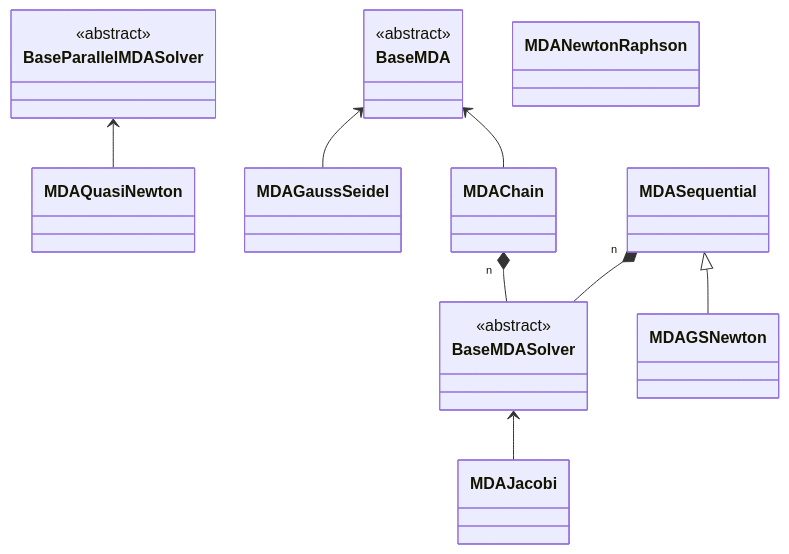
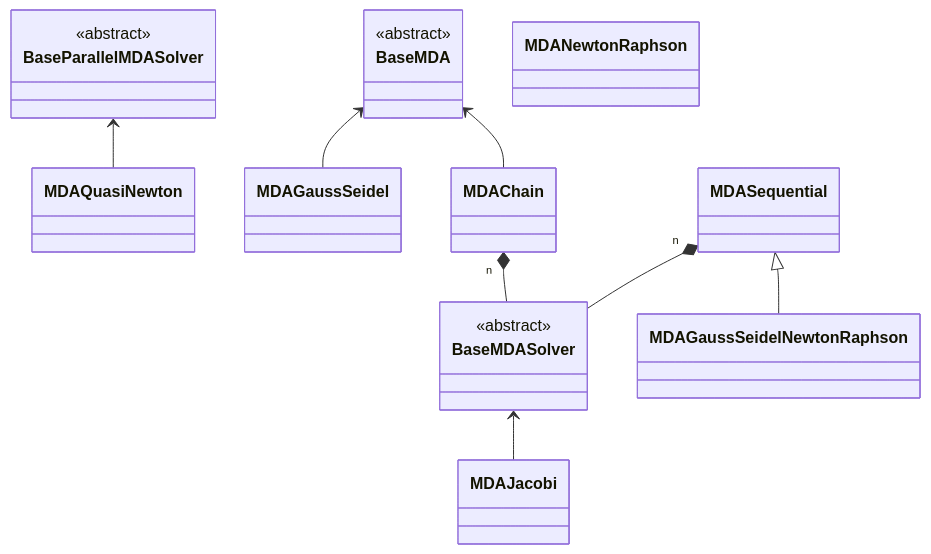
Before and after one commit to gemseo/gemseo: the diagram in docs/mdo/mda_architecture.md, drawn with Mermaid. The commit also changed 89 other files, not shown here.

````diff
--- a/docs/mdo/mda_architecture.md
+++ b/docs/mdo/mda_architecture.md
@@ -22,30 +22,30 @@
 ```mermaid
 classDiagram
     class BaseMDA{
     <<abstract>>
     }
     class BaseMDASolver{
     <<abstract>>
     }
     class BaseParallelMDASolver{
     <<abstract>>
     }
 
     class MDAJacobi
     class MDAGaussSeidel
     class MDANewtonRaphson
     class MDAQuasiNewton
     class MDAChain
     class MDASequential
-    class MDAGSNewton
+    class MDAGaussSeidelNewtonRaphson
 
     BaseMDA <-- MDAChain
     BaseMDA <-- MDAGaussSeidel
     BaseMDASolver <-- MDAJacobi
     BaseParallelMDASolver <-- MDAQuasiNewton
-    MDASequential <|-- MDAGSNewton
+    MDASequential <|-- MDAGaussSeidelNewtonRaphson
 
     MDAChain "n" *-- BaseMDASolver
     MDASequential "n" *-- BaseMDASolver
 
 ```
````
